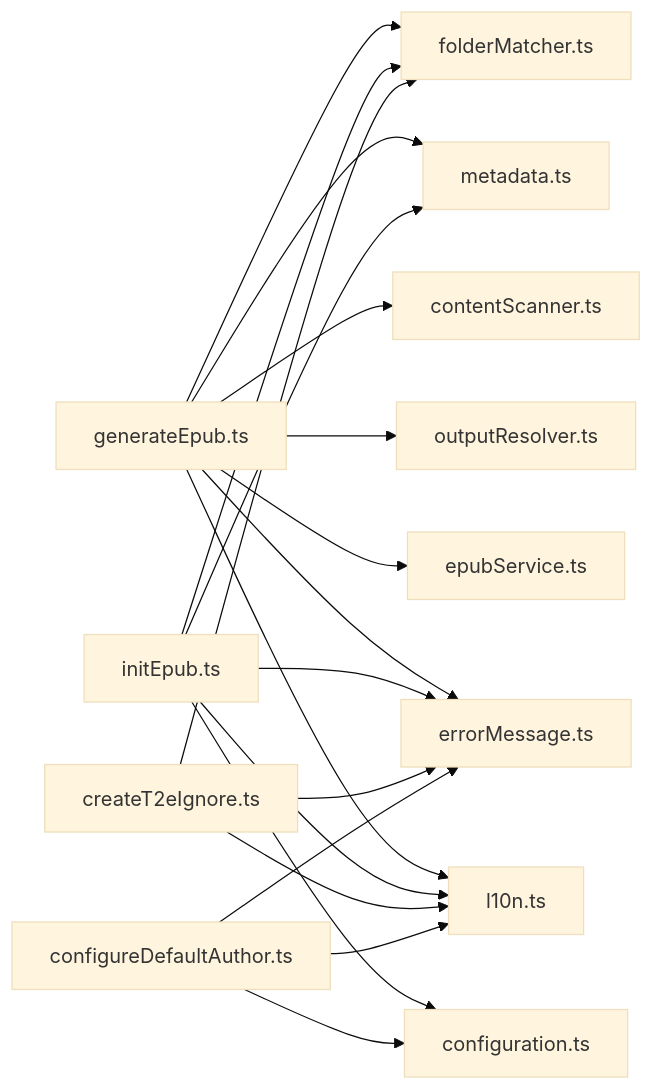
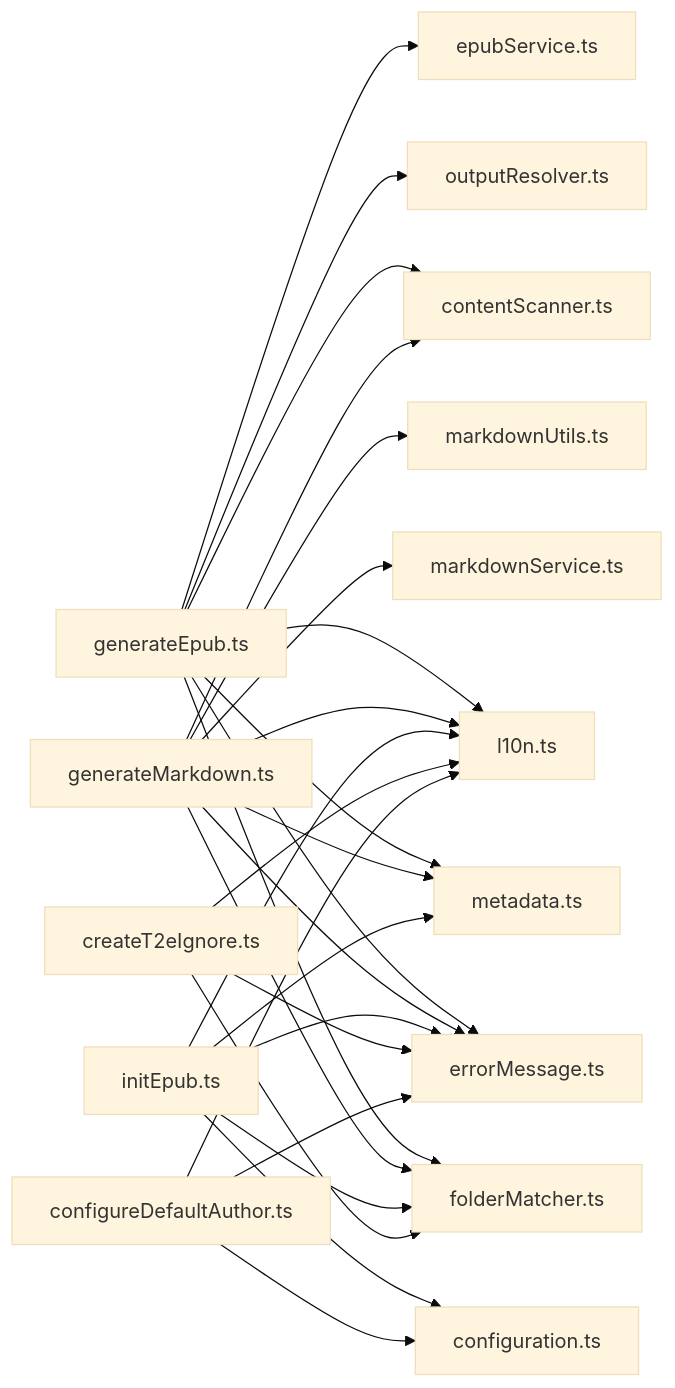
The eighth of 8 diagrams in .qoder/repowiki/zh/content/API 参考文档/命令 API.md (someok/vscode-folder2epub), drawn with Mermaid (base theme) before and after one commit. The commit also changed other lines of this file and 4 other files, not shown here.

````diff
--- a/.qoder/repowiki/zh/content/API 参考文档/命令 API.md
+++ b/.qoder/repowiki/zh/content/API 参考文档/命令 API.md
@@ -348,21 +442,28 @@
 ```mermaid
 graph LR
 GEN["generateEpub.ts"] --> FM["folderMatcher.ts"]
 GEN --> META["metadata.ts"]
 GEN --> SCAN["contentScanner.ts"]
 GEN --> OUT["outputResolver.ts"]
 GEN --> EPUB["epubService.ts"]
 GEN --> ERR["errorMessage.ts"]
 GEN --> L10N["l10n.ts"]
+MERGE["generateMarkdown.ts"] --> FM
+MERGE --> META
+MERGE --> SCAN
+MERGE --> MDSVC["markdownService.ts"]
+MERGE --> MDUTIL["markdownUtils.ts"]
+MERGE --> ERR
+MERGE --> L10N
 INIT["initEpub.ts"] --> CONF["configuration.ts"]
 INIT --> FM
 INIT --> META
 INIT --> ERR
 INIT --> L10N
 T2E["createT2eIgnore.ts"] --> FM
 T2E --> ERR
 T2E --> L10N
 AUTH["configureDefaultAuthor.ts"] --> CONF
 AUTH --> ERR
 AUTH --> L10N
 ```
````
